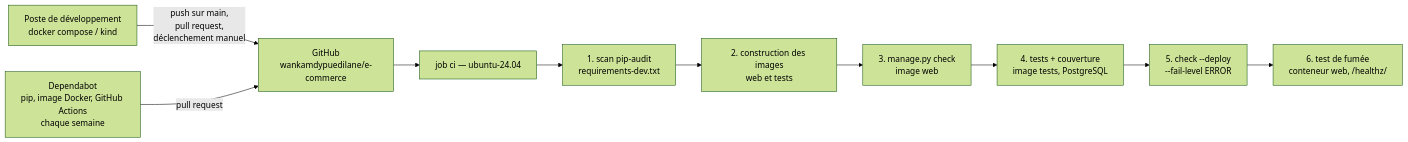
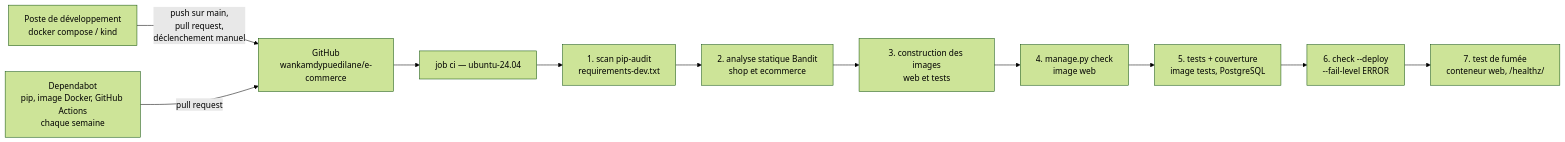
One commit to wankamdypuedilane/e-commerce changed the third of 4 diagrams in docs/ARCHITECTURE.md. Above: the diagram before and after it, drawn with Mermaid (forest theme). The commit also changed other lines of this file and 4 other files, not shown here.

````diff
--- a/docs/ARCHITECTURE.md
+++ b/docs/ARCHITECTURE.md
@@ -319,12 +322,13 @@
 ```mermaid
 graph LR
     DEV["Poste de développement<br/>docker compose / kind"] -->|"push sur main,<br/>pull request,<br/>déclenchement manuel"| REPO["GitHub<br/>wankamdypuedilane/e-commerce"]
     DEPB["Dependabot<br/>pip, image Docker, GitHub Actions<br/>chaque semaine"] -->|pull request| REPO
     REPO --> CI["job ci — ubuntu-24.04"]
     CI --> S1["1. scan pip-audit<br/>requirements-dev.txt"]
-    S1 --> S2["2. construction des images<br/>web et tests"]
-    S2 --> S3["3. manage.py check<br/>image web"]
-    S3 --> S4["4. tests + couverture<br/>image tests, PostgreSQL"]
-    S4 --> S5["5. check --deploy<br/>--fail-level ERROR"]
-    S5 --> S6["6. test de fumée<br/>conteneur web, /healthz/"]
+    S1 --> S2["2. analyse statique Bandit<br/>shop et ecommerce"]
+    S2 --> S3["3. construction des images<br/>web et tests"]
+    S3 --> S4["4. manage.py check<br/>image web"]
+    S4 --> S5["5. tests + couverture<br/>image tests, PostgreSQL"]
+    S5 --> S6["6. check --deploy<br/>--fail-level ERROR"]
+    S6 --> S7["7. test de fumée<br/>conteneur web, /healthz/"]
 ```
````
